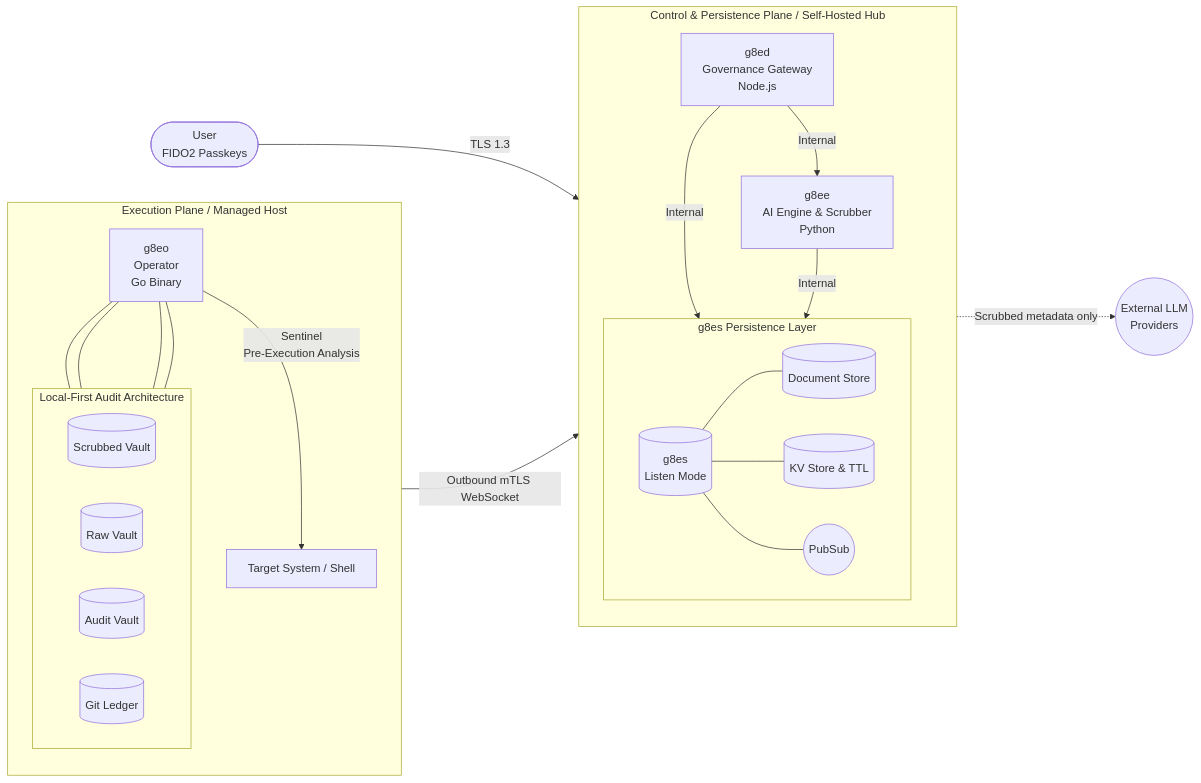
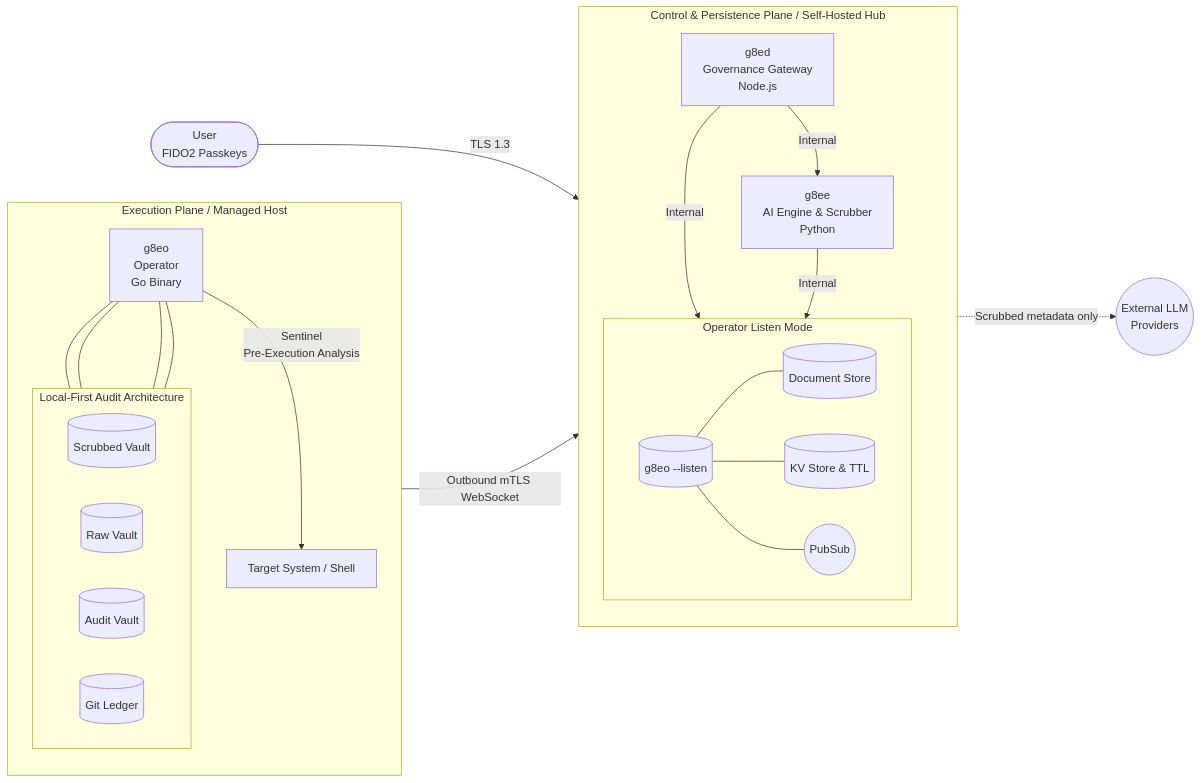
One commit to g8e-ai/g8e changed the second of 2 diagrams in README.md. Above: the diagram before and after it, drawn with Mermaid. The commit also changed other lines of this file and 3984 other files, not shown here.

````diff
--- a/README.md
+++ b/README.md
@@ -136,48 +136,48 @@
 ```mermaid
 flowchart LR
     User([User<br>FIDO2 Passkeys])
 
     subgraph Exec_Plane [Execution Plane / Managed Host]
         direction TB
         g8eo[g8eo<br>Operator<br>Go Binary]
 
         HostOS[Target System / Shell]
         g8eo -- "Sentinel<br>Pre-Execution Analysis" --> HostOS
 
         subgraph LFAA [Local-First Audit Architecture]
             direction LR
             Scrubbed[(Scrubbed Vault)]
             Raw[(Raw Vault)]
             Audit[(Audit Vault)]
             Ledger[(Git Ledger)]
         end
 
         g8eo --- Scrubbed & Raw & Audit & Ledger
     end
 
     subgraph Hub [Control & Persistence Plane / Self-Hosted Hub]
         direction TB
         g8ed[g8ed<br>Governance Gateway<br>Node.js]
         g8ee[g8ee<br>AI Engine & Scrubber<br>Python]
 
-        subgraph Data_Layer [g8es Persistence Layer]
+        subgraph Operator_Listen [Operator Listen Mode]
             direction LR
-            g8es[(g8es<br>Listen Mode)]
+            Listen[(g8eo --listen)]
             DS[(Document Store)]
             KS[(KV Store & TTL)]
             PS((PubSub))
 
-            g8es --- DS & KS & PS
+            Listen --- DS & KS & PS
         end
 
         g8ed -- "Internal" --> g8ee
-        g8ed -- "Internal" --> g8es
-        g8ee -- "Internal" --> g8es
+        g8ed -- "Internal" --> Listen
+        g8ee -- "Internal" --> Listen
     end
 
     LLM((External LLM<br>Providers))
 
     User -- "TLS 1.3" --> g8ed
     g8eo -- "Outbound mTLS WebSocket" --> g8ed
     g8ee -. "Scrubbed metadata only" .-> LLM
 ```
````
